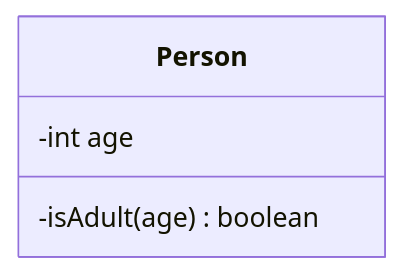
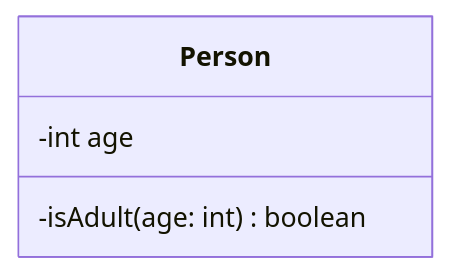
One commit to ani2fun/low-level-design-guide changed the fourth of 8 diagrams in 03-uml/00-uml.md. Above: the diagram before and after it, drawn with Mermaid. The commit also changed other lines of this file, not shown here.

First line of the commit message:
style(uml): rewrite UML lesson to standard format

````diff
--- a/03-uml/00-uml.md
+++ b/03-uml/00-uml.md
@@ -222,7 +161,7 @@
 ```mermaid
 classDiagram
     class Person {
         -int age
-        -isAdult(age) boolean
+        -isAdult(age: int) boolean
     }
 ```
````
